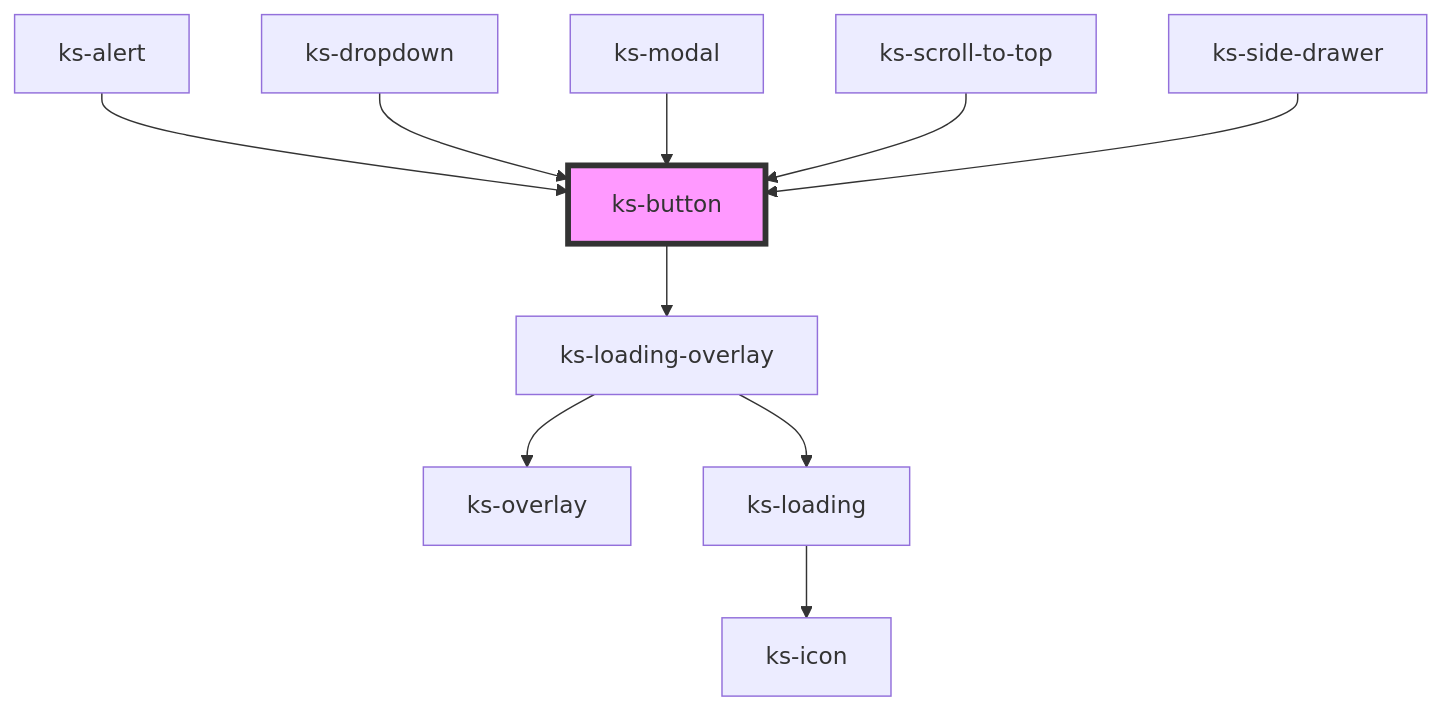
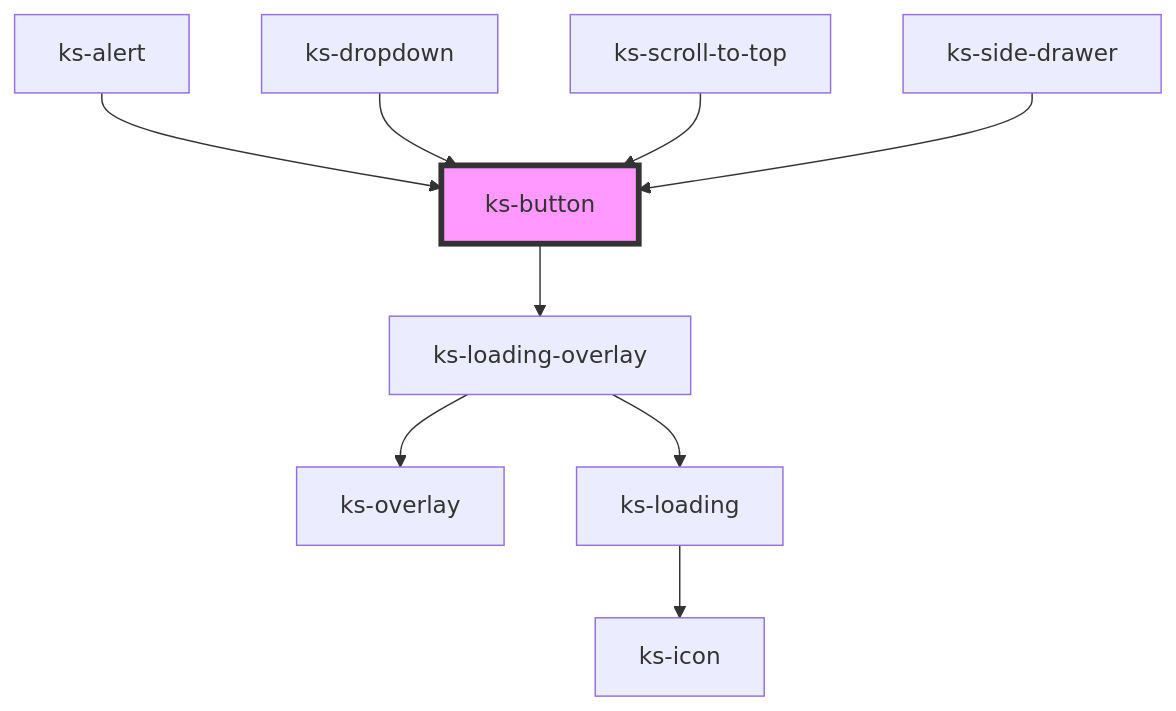
One commit to kickstand-ui/kickstand-ui changed the diagram in src/scripts/components/button/readme.md. Above: the diagram before and after it, drawn with Mermaid. The commit also changed other lines of this file and 4 other files, not shown here.

````diff
--- a/src/scripts/components/button/readme.md
+++ b/src/scripts/components/button/readme.md
@@ -59,13 +58,12 @@
 ```mermaid
 graph TD;
   ks-button --> ks-loading-overlay
   ks-loading-overlay --> ks-overlay
   ks-loading-overlay --> ks-loading
   ks-loading --> ks-icon
   ks-alert --> ks-button
   ks-dropdown --> ks-button
-  ks-modal --> ks-button
   ks-scroll-to-top --> ks-button
   ks-side-drawer --> ks-button
   style ks-button fill:#f9f,stroke:#333,stroke-width:4px
 ```
````
